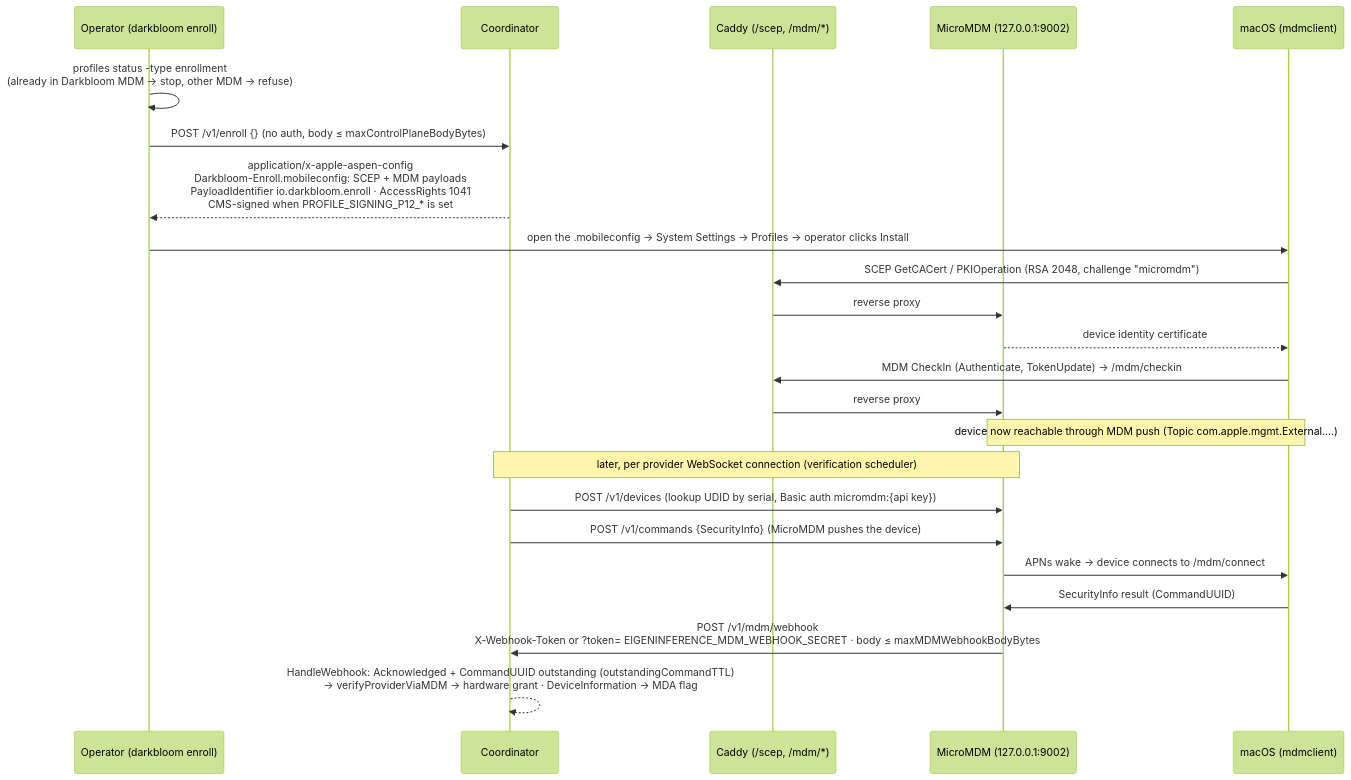
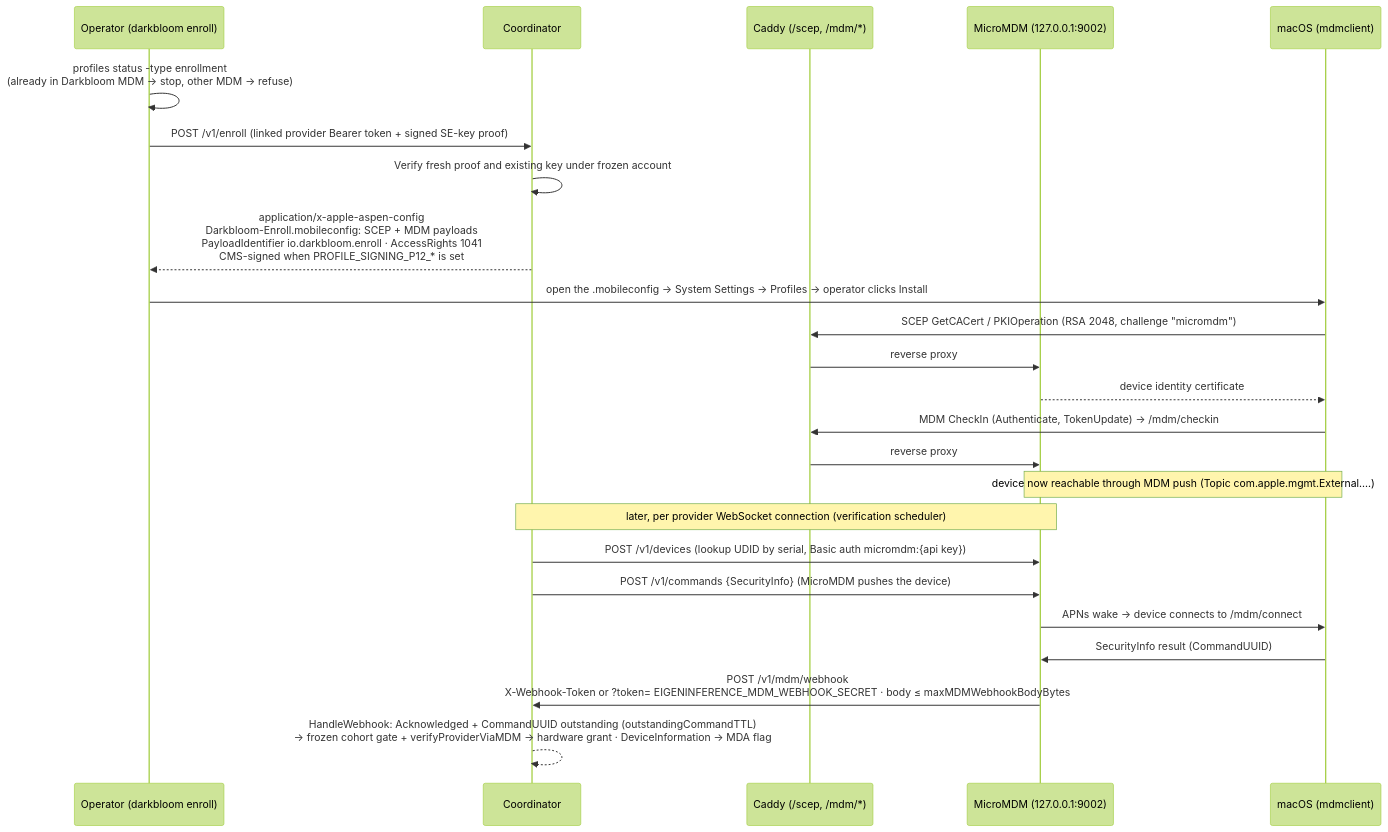
Before and after one commit to Layr-Labs/d-inference: the diagram in docs/architecture/security/enrollment.md, drawn with Mermaid (forest theme). The commit also changed other lines of this file and 58 other files, not shown here.

````diff
--- a/docs/architecture/security/enrollment.md
+++ b/docs/architecture/security/enrollment.md
@@ -30,27 +65,28 @@
 ```mermaid
 sequenceDiagram
     participant O as Operator (darkbloom enroll)
     participant K as Coordinator
     participant X as Caddy (/scep, /mdm/*)
     participant M as MicroMDM (127.0.0.1:9002)
     participant D as macOS (mdmclient)
 
     O->>O: profiles status -type enrollment<br/>(already in Darkbloom MDM → stop, other MDM → refuse)
-    O->>K: POST /v1/enroll {} (no auth, body ≤ maxControlPlaneBodyBytes)
+    O->>K: POST /v1/enroll (linked provider Bearer token + signed SE-key proof)
+    K->>K: Verify fresh proof and existing key under frozen account
     K-->>O: application/x-apple-aspen-config<br/>Darkbloom-Enroll.mobileconfig: SCEP + MDM payloads<br/>PayloadIdentifier io.darkbloom.enroll · AccessRights 1041<br/>CMS-signed when PROFILE_SIGNING_P12_* is set
     O->>D: open the .mobileconfig → System Settings → Profiles → operator clicks Install
     D->>X: SCEP GetCACert / PKIOperation (RSA 2048, challenge "micromdm")
     X->>M: reverse proxy
     M-->>D: device identity certificate
     D->>X: MDM CheckIn (Authenticate, TokenUpdate) → /mdm/checkin
     X->>M: reverse proxy
     Note over D,M: device now reachable through MDM push (Topic com.apple.mgmt.External.…)
 
     Note over K,M: later, per provider WebSocket connection (verification scheduler)
     K->>M: POST /v1/devices (lookup UDID by serial, Basic auth micromdm:{api key})
     K->>M: POST /v1/commands {SecurityInfo} (MicroMDM pushes the device)
     M->>D: APNs wake → device connects to /mdm/connect
     D->>M: SecurityInfo result (CommandUUID)
     M->>K: POST /v1/mdm/webhook<br/>X-Webhook-Token or ?token= EIGENINFERENCE_MDM_WEBHOOK_SECRET · body ≤ maxMDMWebhookBodyBytes
-    K-->>K: HandleWebhook: Acknowledged + CommandUUID outstanding (outstandingCommandTTL)<br/>→ verifyProviderViaMDM → hardware grant · DeviceInformation → MDA flag
+    K-->>K: HandleWebhook: Acknowledged + CommandUUID outstanding (outstandingCommandTTL)<br/>→ frozen cohort gate + verifyProviderViaMDM → hardware grant · DeviceInformation → MDA flag
 ```
````
